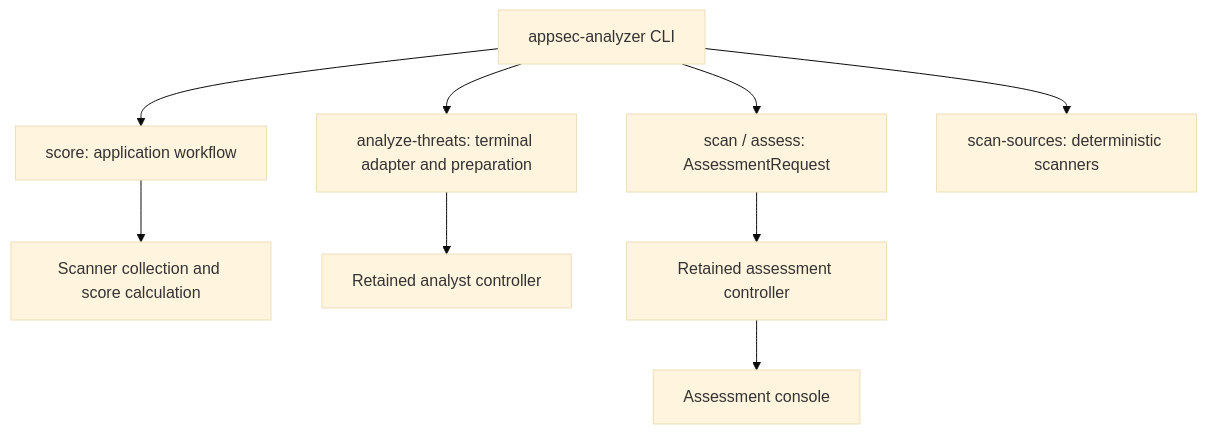
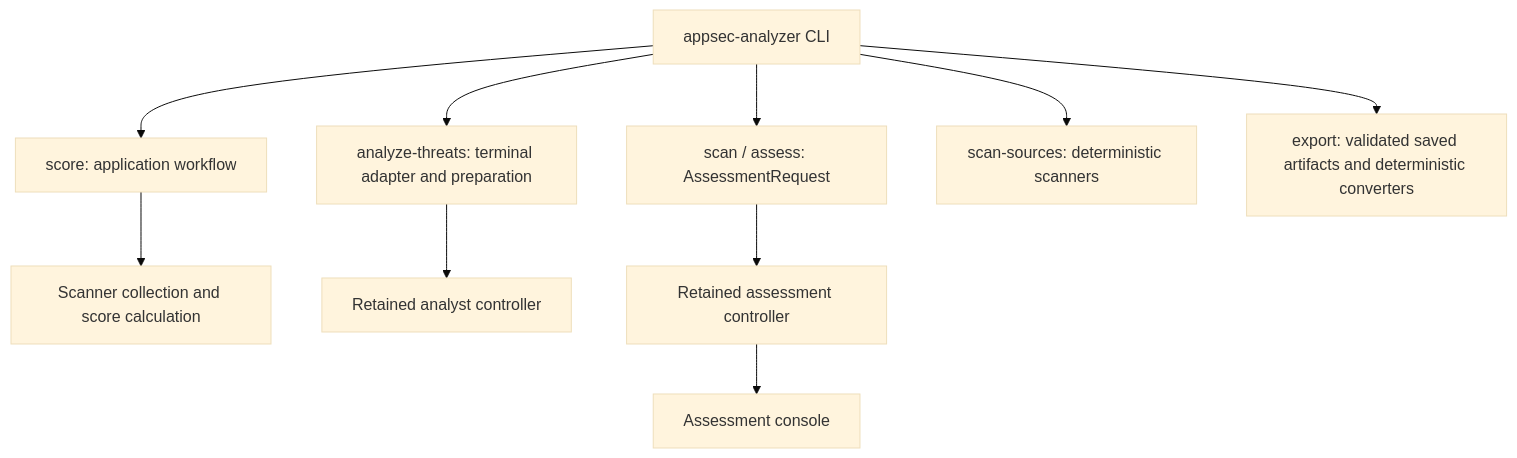
The diagram in ARCHITECTURE.md (appsec-foundry/appsec-analyzer), drawn with Mermaid (base theme) before and after one commit. The commit also changed other lines of this file and 21 other files, not shown here.

````diff
--- a/ARCHITECTURE.md
+++ b/ARCHITECTURE.md
@@ -11,11 +11,12 @@
 ```mermaid
 flowchart TD
     CLI[appsec-analyzer CLI] --> Score[score: application workflow]
     CLI --> Analyst[analyze-threats: terminal adapter and preparation]
     CLI --> Request[scan / assess: AssessmentRequest]
     CLI --> Scanners[scan-sources: deterministic scanners]
+    CLI --> Export[export: validated saved artifacts and deterministic converters]
     Score --> Collection[Scanner collection and score calculation]
     Analyst --> AnalystController[Retained analyst controller]
     Request --> AssessmentController[Retained assessment controller]
     AssessmentController --> Console[Assessment console]
 ```
````
